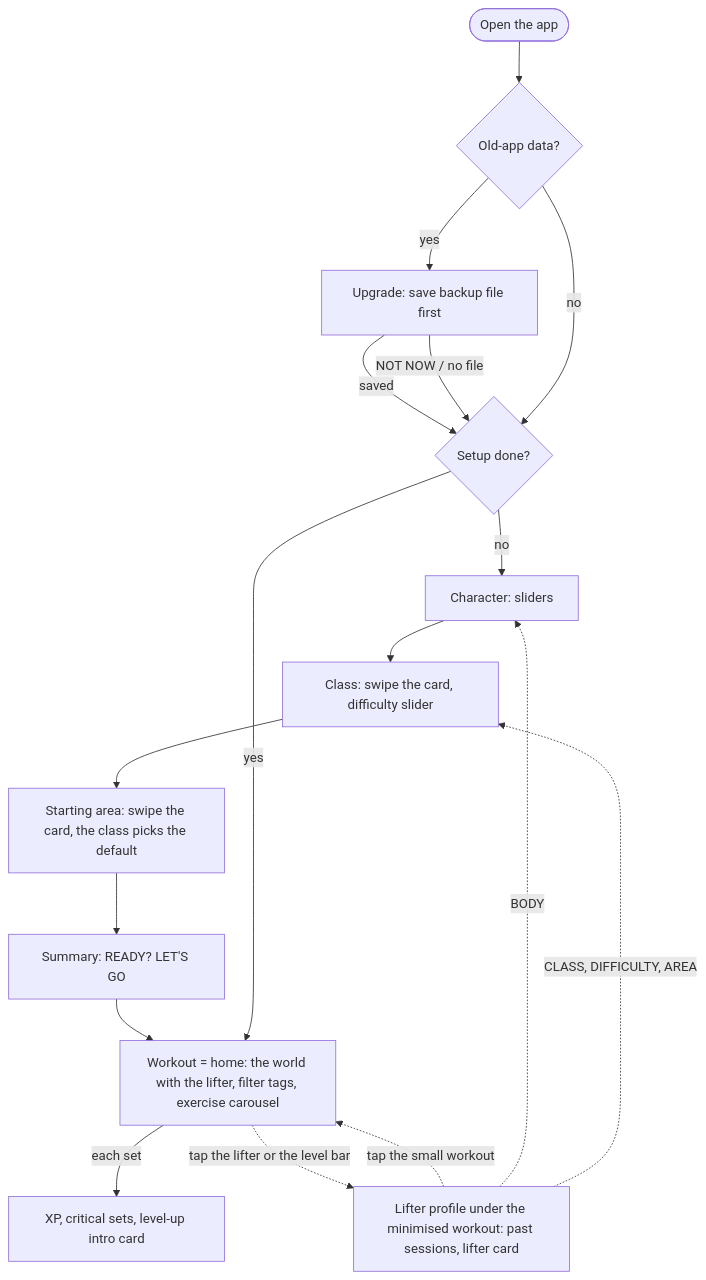
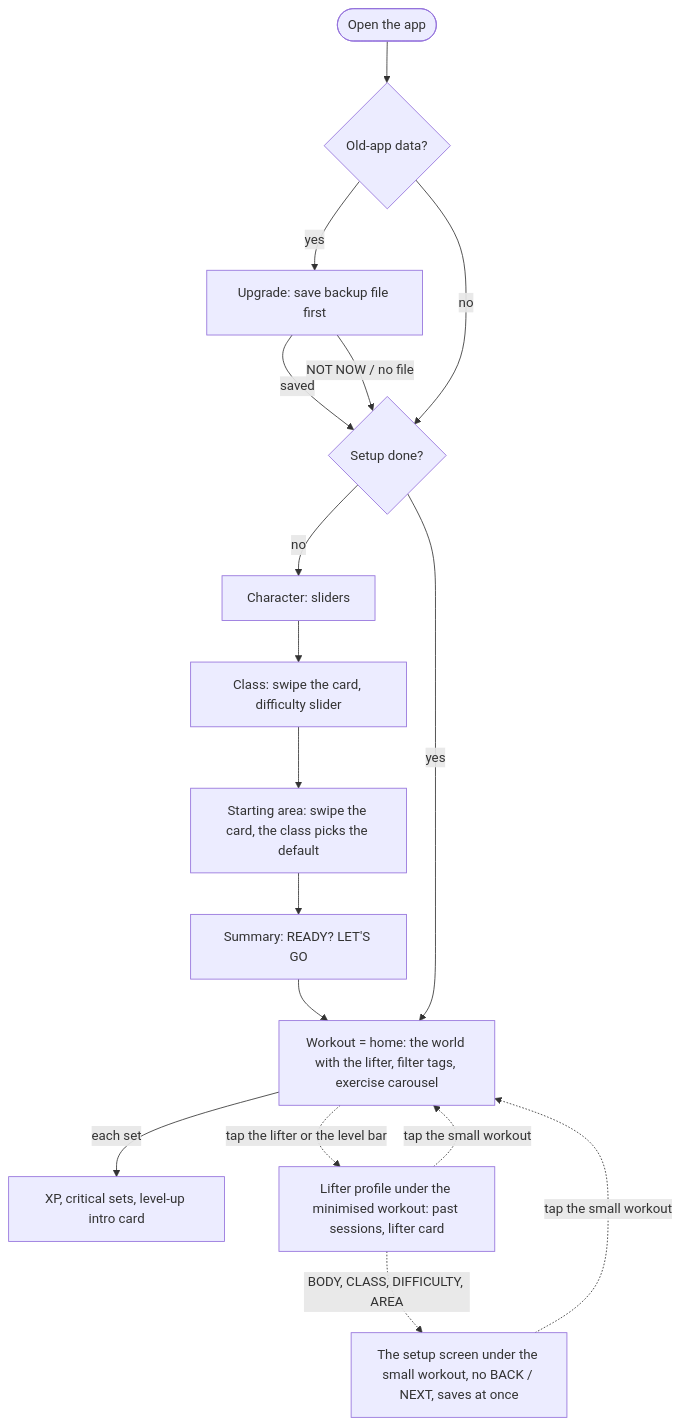
The diagram in docs/app-flow.md (alex-antohi/pumplex), drawn with Mermaid before and after one commit. The commit also changed other lines of this file and 7 other files, not shown here.

First line of the commit message:
Lifter edits in place: the setup screens under a smaller workout (D51)

````diff
--- a/docs/app-flow.md
+++ b/docs/app-flow.md
@@ -25,21 +25,21 @@
 ```mermaid
 flowchart TD
     launch([Open the app]) --> old{Old-app data?}
     old -- yes --> migrate[Upgrade: save backup file first]
     migrate -- saved --> setupDone
     migrate -- NOT NOW / no file --> setupDone
     old -- no --> setupDone{Setup done?}
     setupDone -- no --> char[Character: sliders]
     char --> cls[Class: swipe the card, difficulty slider]
     cls --> area[Starting area: swipe the card, the class picks the default]
     area --> summary[Summary: READY? LET'S GO]
     summary --> work
     setupDone -- yes --> work[Workout = home: the world with the lifter, filter tags, exercise carousel]
 
     work -- each set --> xp[XP, critical sets, level-up intro card]
 
     work -. tap the lifter or the level bar .-> lifter[Lifter profile under the minimised workout: past sessions, lifter card]
     lifter -. tap the small workout .-> work
-    lifter -. BODY .-> char
-    lifter -. CLASS, DIFFICULTY, AREA .-> cls
+    lifter -. BODY, CLASS, DIFFICULTY, AREA .-> edit[The setup screen under the small workout, no BACK / NEXT, saves at once]
+    edit -. tap the small workout .-> work
 ```
````
